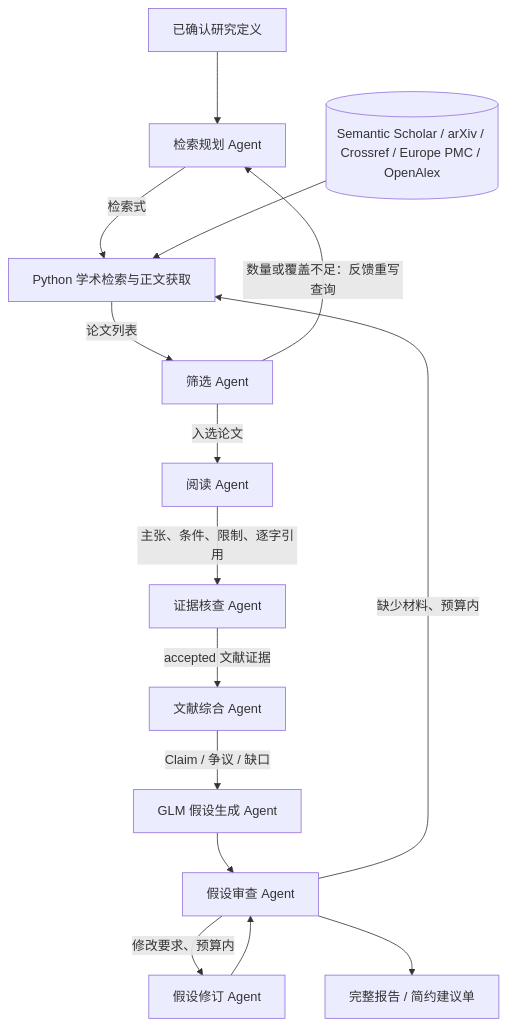
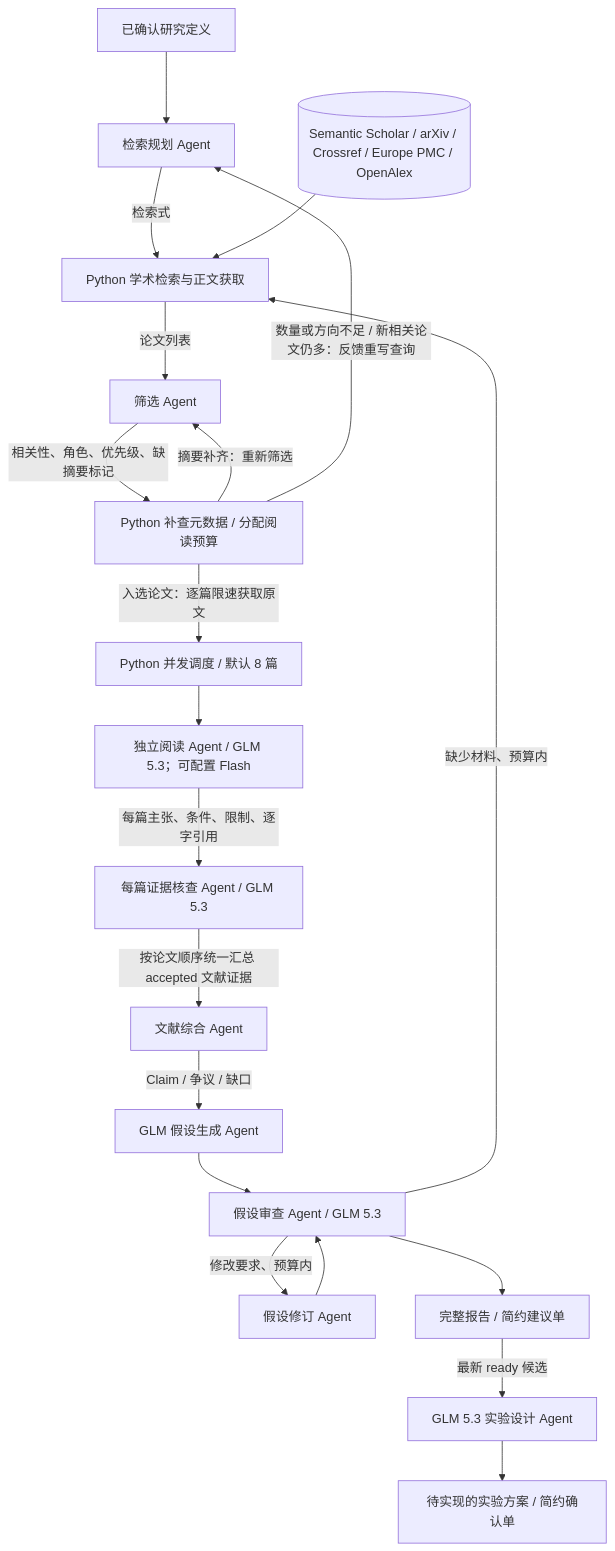
One commit to qinq3132-cmyk/Adaptara changed the diagram in docs/literature_agents.md. Above: the diagram before and after it, drawn with Mermaid. The commit also changed other lines of this file and 35 other files, not shown here.

````diff
--- a/docs/literature_agents.md
+++ b/docs/literature_agents.md
@@ -5,17 +5,22 @@
 ```mermaid
 flowchart TD
     A[已确认研究定义] --> B[检索规划 Agent]
     B -->|检索式| C[Python 学术检索与正文获取]
     S[(Semantic Scholar / arXiv / Crossref / Europe PMC / OpenAlex)] --> C
     C -->|论文列表| D[筛选 Agent]
-    D -->|入选论文| E[阅读 Agent]
-    D -->|数量或覆盖不足：反馈重写查询| B
-    E -->|主张、条件、限制、逐字引用| F[证据核查 Agent]
-    F -->|accepted 文献证据| G[文献综合 Agent]
+    D -->|相关性、角色、优先级、缺摘要标记| P[Python 补查元数据 / 分配阅读预算]
+    P -->|摘要补齐：重新筛选| D
+    P -->|入选论文：逐篇限速获取原文| W[Python 并发调度 / 默认 8 篇]
+    W --> E[独立阅读 Agent / GLM 5.3；可配置 Flash]
+    P -->|数量或方向不足 / 新相关论文仍多：反馈重写查询| B
+    E -->|每篇主张、条件、限制、逐字引用| F[每篇证据核查 Agent / GLM 5.3]
+    F -->|按论文顺序统一汇总 accepted 文献证据| G[文献综合 Agent]
     G -->|Claim / 争议 / 缺口| H[GLM 假设生成 Agent]
-    H --> I[假设审查 Agent]
+    H --> I[假设审查 Agent / GLM 5.3]
     I -->|缺少材料、预算内| C
     I -->|修改要求、预算内| J[假设修订 Agent]
     J --> I
     I --> K[完整报告 / 简约建议单]
+    K -->|最新 ready 候选| L[GLM 5.3 实验设计 Agent]
+    L --> M[待实现的实验方案 / 简约确认单]
 ```
````
